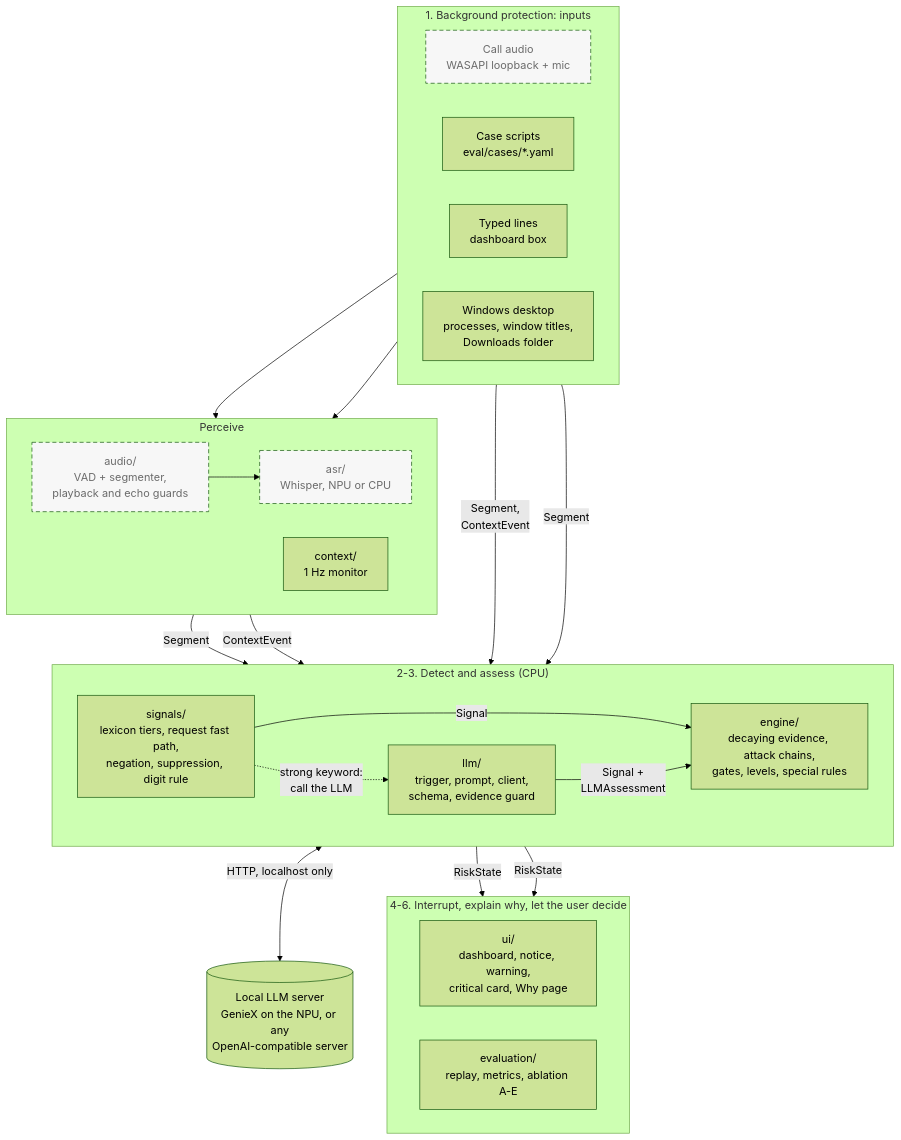
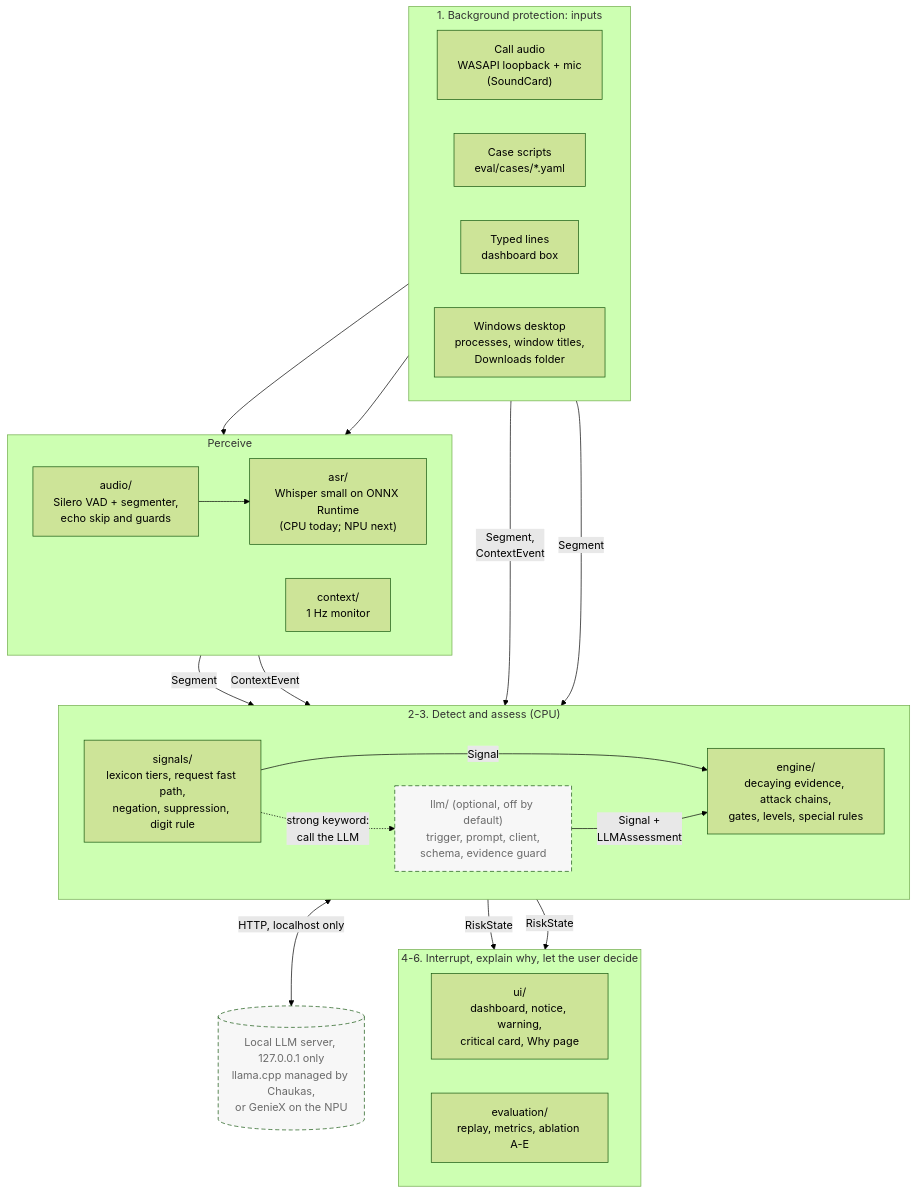
One commit to devansh7439/Chaukas changed the diagram in docs/diagrams/architecture.mmd. Above: the diagram before and after it, drawn with Mermaid (forest theme). The commit also changed 8 other files, not shown here.

First line of the commit message:
docs: README, architecture and data model brought up to date; live mode refuses LLM configs

```diff
--- a/docs/diagrams/architecture.mmd
+++ b/docs/diagrams/architecture.mmd
@@ -1,45 +1,45 @@
 flowchart TB
     subgraph IN["1. Background protection: inputs"]
         direction LR
-        AUD["Call audio<br/>WASAPI loopback + mic"]:::planned
+        AUD["Call audio<br/>WASAPI loopback + mic<br/>(SoundCard)"]
         CASE["Case scripts<br/>eval/cases/*.yaml"]
         TYPED["Typed lines<br/>dashboard box"]
         DESK["Windows desktop<br/>processes, window titles,<br/>Downloads folder"]
     end
 
     subgraph PERCEIVE["Perceive"]
         direction LR
-        VAD["audio/<br/>VAD + segmenter,<br/>playback and echo guards"]:::planned
-        ASR["asr/<br/>Whisper, NPU or CPU"]:::planned
+        VAD["audio/<br/>Silero VAD + segmenter,<br/>echo skip and guards"]
+        ASR["asr/<br/>Whisper small on ONNX Runtime<br/>(CPU today; NPU next)"]
         CTX["context/<br/>1 Hz monitor"]
     end
 
     subgraph DETECT["2-3. Detect and assess (CPU)"]
         direction LR
         SIG["signals/<br/>lexicon tiers, request fast path,<br/>negation, suppression, digit rule"]
-        LLM["llm/<br/>trigger, prompt, client,<br/>schema, evidence guard"]
+        LLM["llm/ (optional, off by default)<br/>trigger, prompt, client,<br/>schema, evidence guard"]:::optional
         ENG["engine/<br/>decaying evidence, attack chains,<br/>gates, levels, special rules"]
     end
 
-    MODEL[("Local LLM server<br/>GenieX on the NPU, or any<br/>OpenAI-compatible server")]
+    MODEL[("Local LLM server, 127.0.0.1 only<br/>llama.cpp managed by Chaukas,<br/>or GenieX on the NPU")]:::optional
 
     subgraph ACT["4-6. Interrupt, explain why, let the user decide"]
         direction LR
         UI["ui/<br/>dashboard, notice, warning,<br/>critical card, Why page"]
         EVAL["evaluation/<br/>replay, metrics, ablation A-E"]
     end
 
     AUD --> VAD --> ASR
     ASR -- Segment --> SIG
     CASE -- "Segment,<br/>ContextEvent" --> SIG
     TYPED -- Segment --> SIG
     DESK --> CTX
     CTX -- ContextEvent --> ENG
     SIG -- Signal --> ENG
     SIG -. "strong keyword:<br/>call the LLM" .-> LLM
     LLM <-- "HTTP, localhost only" --> MODEL
     LLM -- "Signal +<br/>LLMAssessment" --> ENG
     ENG -- RiskState --> UI
     ENG -- RiskState --> EVAL
 
-    classDef planned stroke-dasharray: 6 4,fill:#F7F7F7,color:#6B6B6B
+    classDef optional stroke-dasharray: 6 4,fill:#F7F7F7,color:#6B6B6B
```
